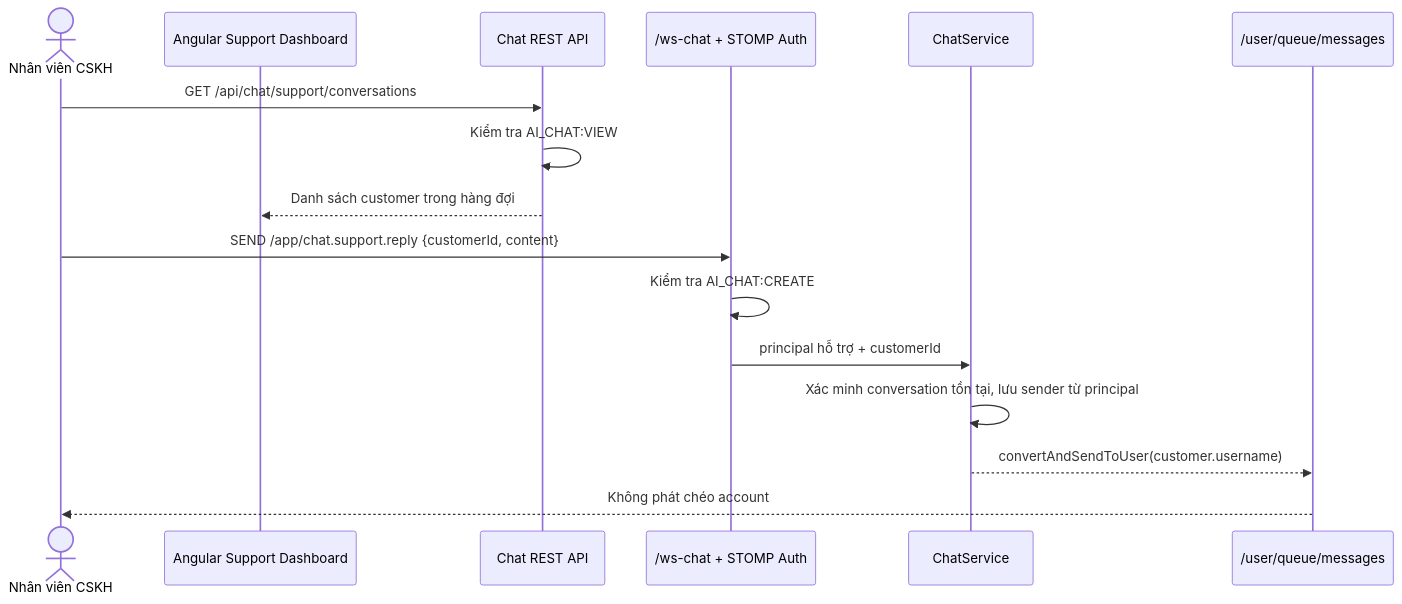
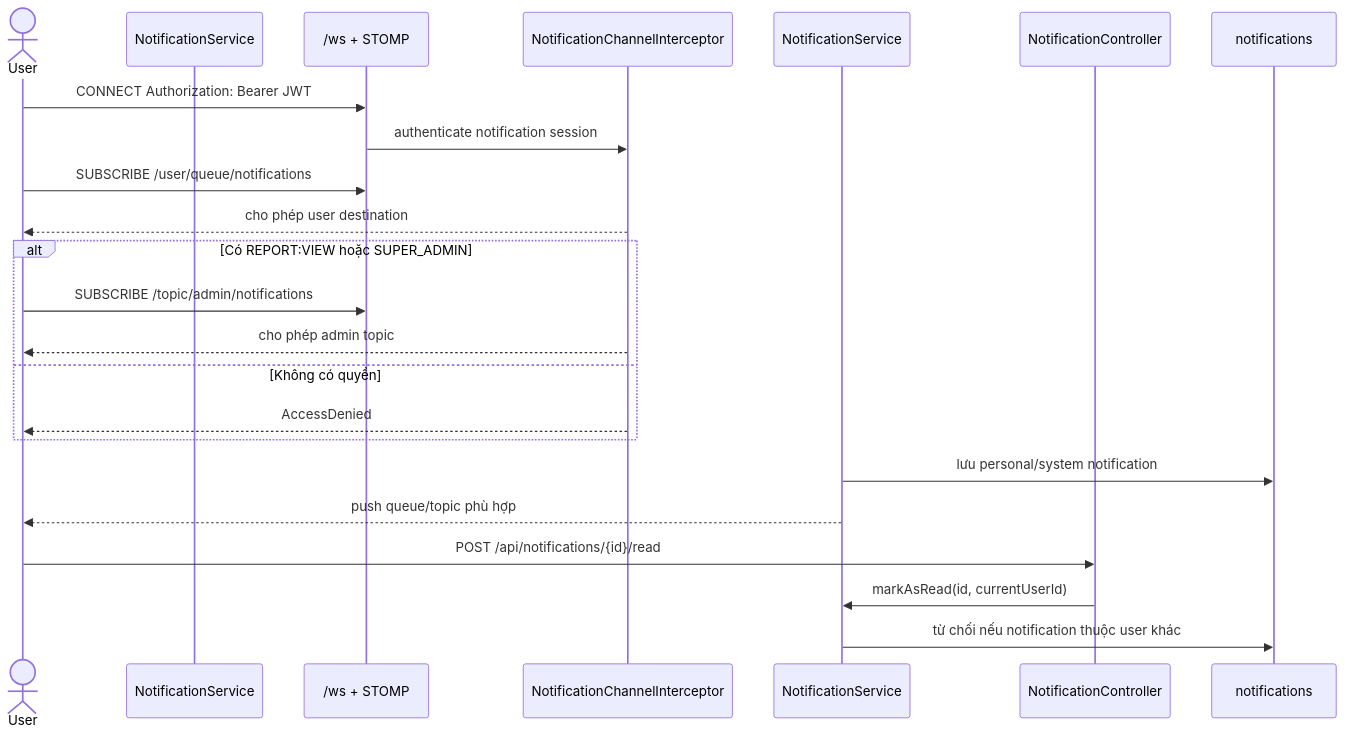
Diagram 15 of 22 in docs/UML.md (GinNgo/He-thong-quan-ly-khach-san), drawn with Mermaid before and after one commit. The commit also changed other lines of this file and 335 other files, not shown here.

Commit message:
docs: update documentation, architecture reports and specs

````diff
--- a/docs/UML.md
+++ b/docs/UML.md
@@ -629,19 +660,26 @@
 ```mermaid
 sequenceDiagram
-    actor Agent as Nhân viên CSKH
-    participant Dashboard as Angular Support Dashboard
-    participant API as Chat REST API
-    participant WS as /ws-chat + STOMP Auth
-    participant Chat as ChatService
-    participant CustomerQueue as /user/queue/messages
+    actor User
+    participant Client as NotificationService
+    participant WS as /ws + STOMP
+    participant Security as NotificationChannelInterceptor
+    participant Service as NotificationService
+    participant API as NotificationController
+    participant DB as notifications
 
-    Agent->>API: GET /api/chat/support/conversations
-    API->>API: Kiểm tra AI_CHAT:VIEW
-    API-->>Dashboard: Danh sách customer trong hàng đợi
-    Agent->>WS: SEND /app/chat.support.reply {customerId, content}
-    WS->>WS: Kiểm tra AI_CHAT:CREATE
-    WS->>Chat: principal hỗ trợ + customerId
-    Chat->>Chat: Xác minh conversation tồn tại, lưu sender từ principal
-    Chat-->>CustomerQueue: convertAndSendToUser(customer.username)
-    CustomerQueue-->>Agent: Không phát chéo account
+    User->>WS: CONNECT Authorization: Bearer JWT
+    WS->>Security: authenticate notification session
+    User->>WS: SUBSCRIBE /user/queue/notifications
+    Security-->>User: cho phép user destination
+    alt Có REPORT:VIEW hoặc SUPER_ADMIN
+        User->>WS: SUBSCRIBE /topic/admin/notifications
+        Security-->>User: cho phép admin topic
+    else Không có quyền
+        Security-->>User: AccessDenied
+    end
+    Service->>DB: lưu personal/system notification
+    Service-->>User: push queue/topic phù hợp
+    User->>API: POST /api/notifications/{id}/read
+    API->>Service: markAsRead(id, currentUserId)
+    Service->>DB: từ chối nếu notification thuộc user khác
 ```
````
